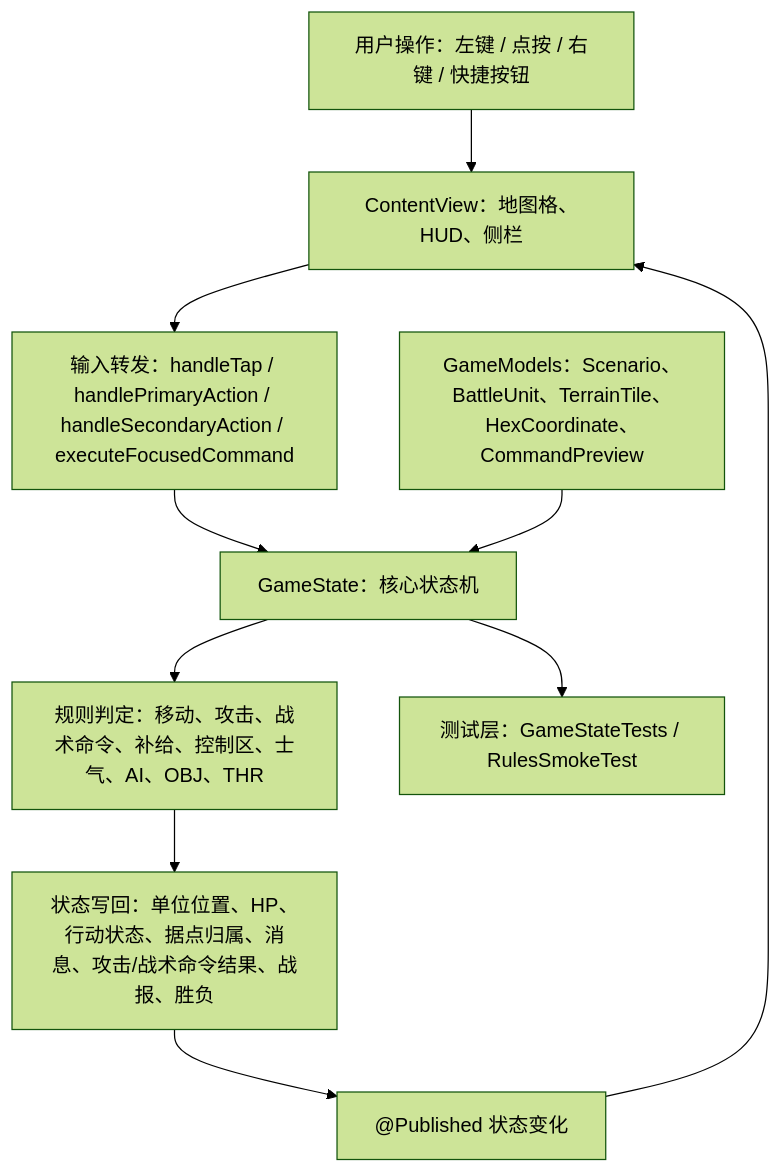
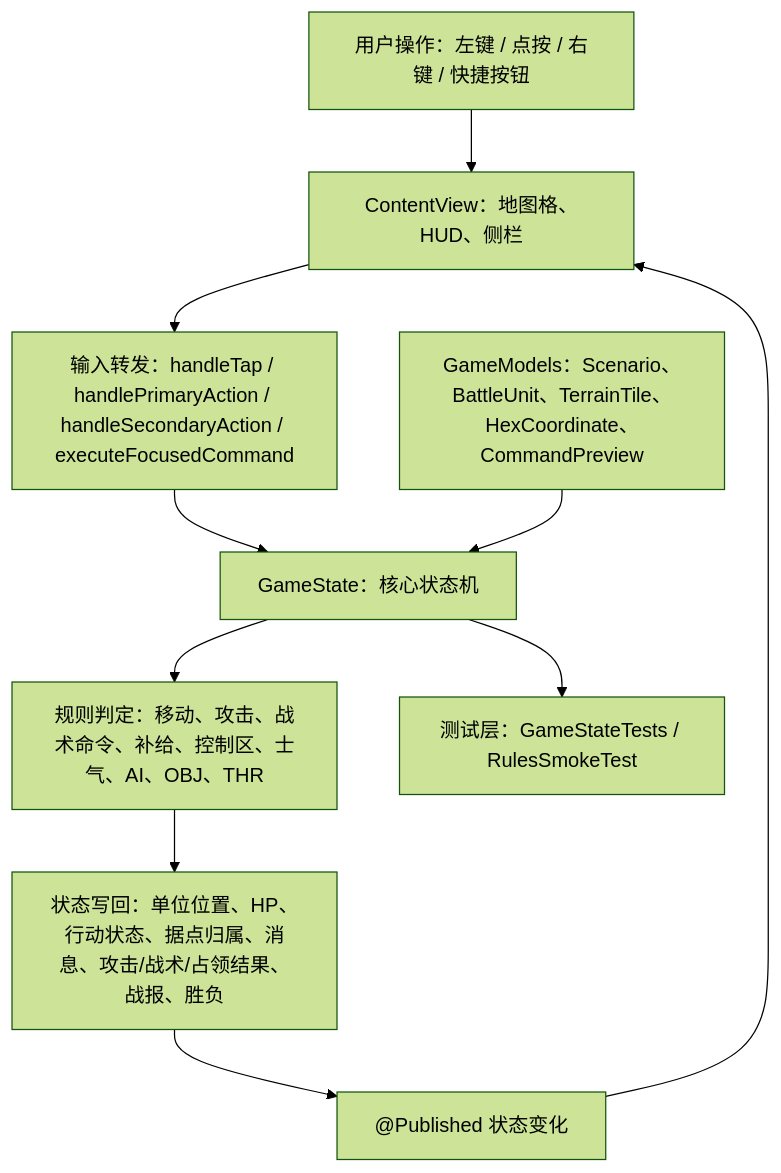
Before and after one commit to Altman-sam114/116: the first of 5 diagrams in md/flow/flowchart.md, drawn with Mermaid (forest theme). The commit also changed other lines of this file and 9 other files, not shown here.

````diff
--- a/md/flow/flowchart.md
+++ b/md/flow/flowchart.md
@@ -9,12 +9,12 @@
 ```mermaid
 flowchart TD
   U["用户操作：左键 / 点按 / 右键 / 快捷按钮"] --> V["ContentView：地图格、HUD、侧栏"]
   V --> I["输入转发：handleTap / handlePrimaryAction / handleSecondaryAction / executeFocusedCommand"]
   I --> S["GameState：核心状态机"]
   M["GameModels：Scenario、BattleUnit、TerrainTile、HexCoordinate、CommandPreview"] --> S
   S --> R["规则判定：移动、攻击、战术命令、补给、控制区、士气、AI、OBJ、THR"]
-  R --> W["状态写回：单位位置、HP、行动状态、据点归属、消息、攻击/战术命令结果、战报、胜负"]
+  R --> W["状态写回：单位位置、HP、行动状态、据点归属、消息、攻击/战术/占领结果、战报、胜负"]
   W --> P["@Published 状态变化"]
   P --> V
   S --> T["测试层：GameStateTests / RulesSmokeTest"]
 ```
````
